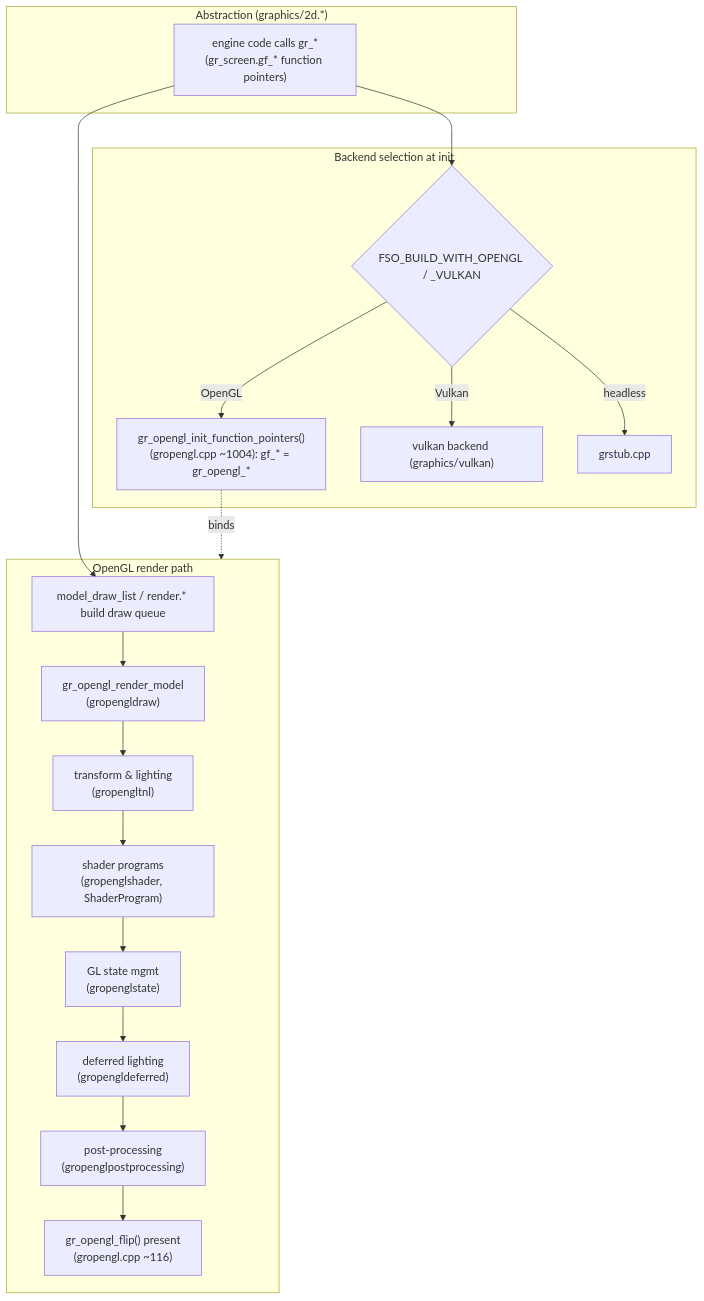
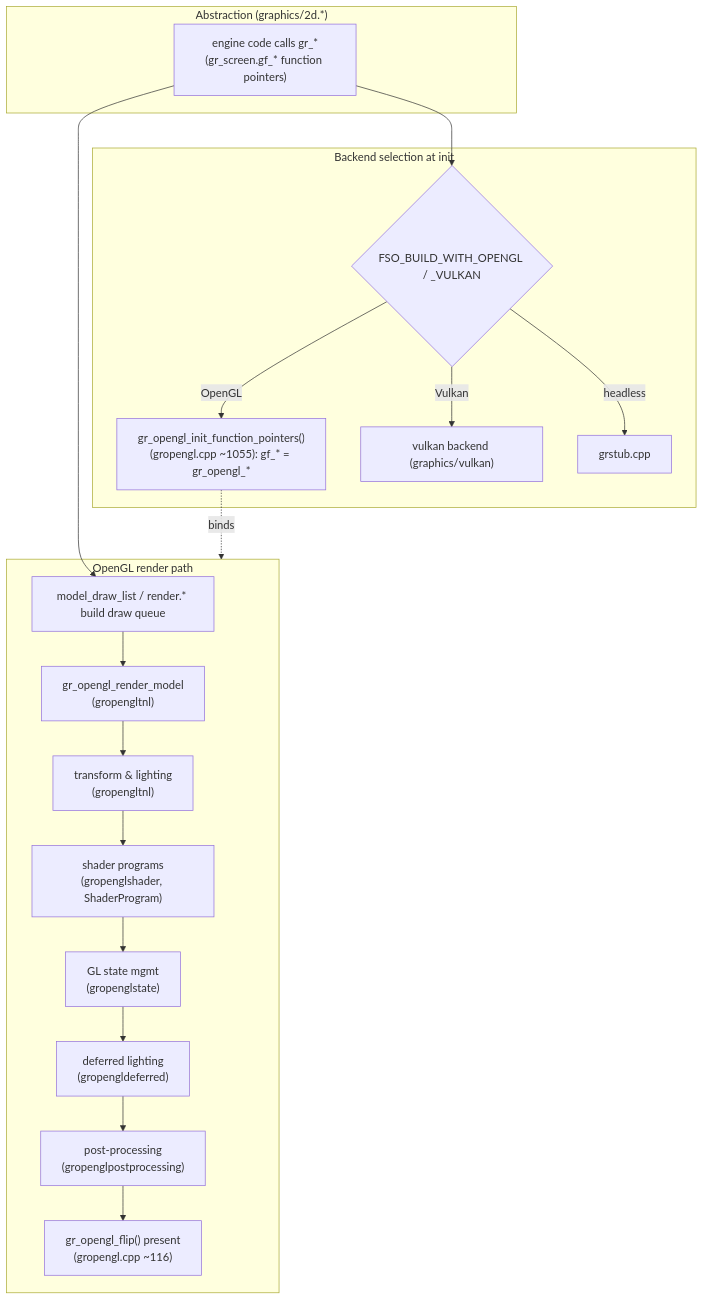
The diagram in documentation/modules/graphics.md (scp-fs2open/fs2open.github.com), drawn with Mermaid before and after one commit. The commit also changed 13 other files, not shown here.

````diff
--- a/documentation/modules/graphics.md
+++ b/documentation/modules/graphics.md
@@ -38,25 +38,25 @@
 ```mermaid
 flowchart TD
     subgraph ABS["Abstraction (graphics/2d.*)"]
         engine["engine code calls gr_*<br/>(gr_screen.gf_* function pointers)"]
     end
     subgraph INIT["Backend selection at init"]
         sel{"FSO_BUILD_WITH_OPENGL / _VULKAN"}
-        sel -->|OpenGL| oglinit["gr_opengl_init_function_pointers()<br/>(gropengl.cpp ~1004): gf_* = gr_opengl_*"]
+        sel -->|OpenGL| oglinit["gr_opengl_init_function_pointers()<br/>(gropengl.cpp ~1055): gf_* = gr_opengl_*"]
         sel -->|Vulkan| vkinit["vulkan backend (graphics/vulkan)"]
         sel -->|headless| stub["grstub.cpp"]
     end
     engine --> sel
 
     subgraph OGL["OpenGL render path"]
-        draw["model_draw_list / render.* build draw queue"] --> rm["gr_opengl_render_model<br/>(gropengldraw)"]
+        draw["model_draw_list / render.* build draw queue"] --> rm["gr_opengl_render_model<br/>(gropengltnl)"]
         rm --> tnl["transform & lighting<br/>(gropengltnl)"]
         tnl --> sh["shader programs<br/>(gropenglshader, ShaderProgram)"]
         sh --> st["GL state mgmt<br/>(gropenglstate)"]
         st --> def["deferred lighting<br/>(gropengldeferred)"]
         def --> post["post-processing<br/>(gropenglpostprocessing)"]
         post --> flip["gr_opengl_flip() present<br/>(gropengl.cpp ~116)"]
     end
     oglinit -.binds.-> OGL
     engine --> draw
 ```
````
